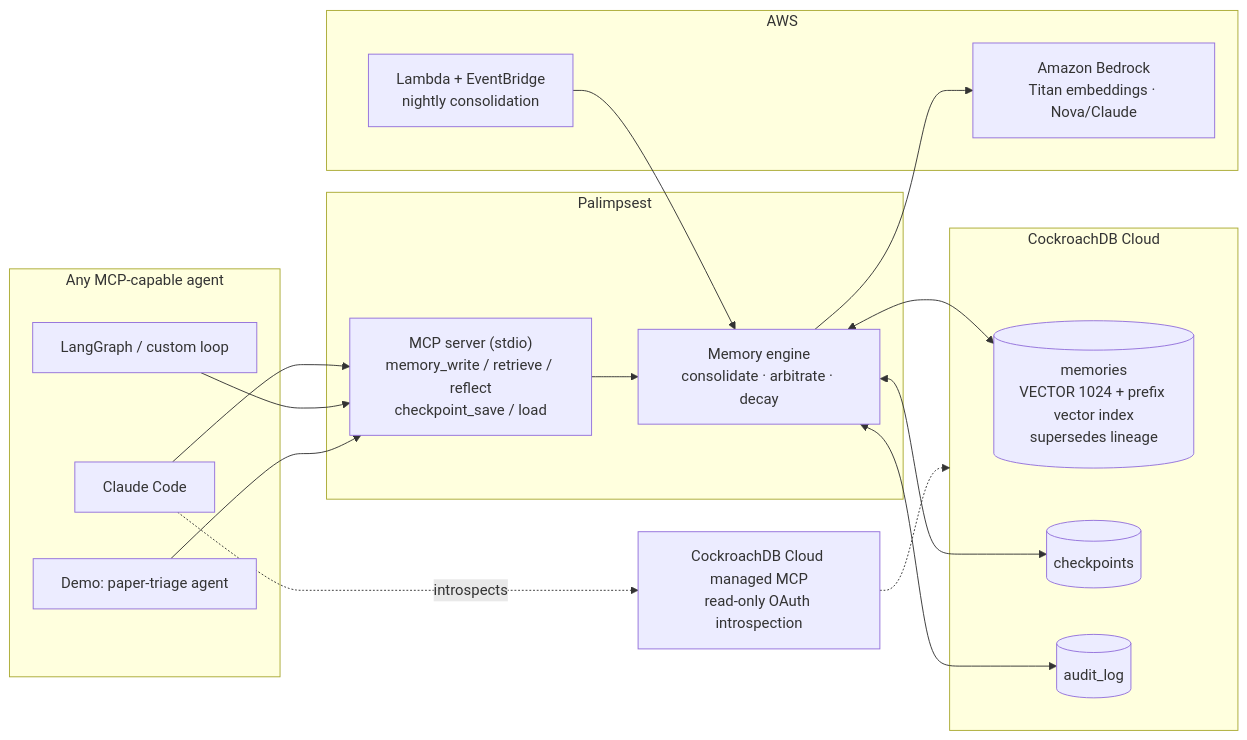
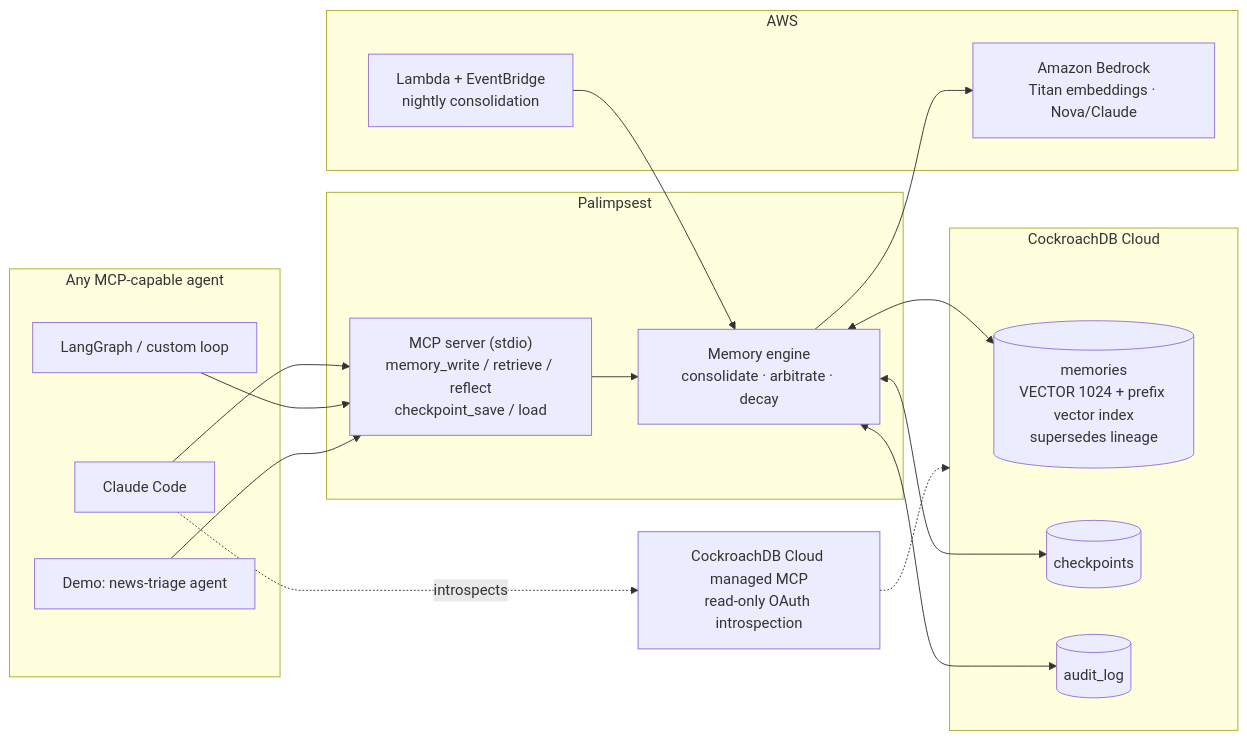
One commit to Vector897/Palimpsest changed the diagram in README.md. Above: the diagram before and after it, drawn with Mermaid. The commit also changed 5 other files, not shown here.

Commit message:
Switch demo to a neutral tech-news theme; consolidate at domain level for reliable topic matching

````diff
--- a/README.md
+++ b/README.md
@@ -19,34 +19,34 @@
 ```mermaid
 flowchart LR
     subgraph agents [Any MCP-capable agent]
         A1[Claude Code]
         A2[LangGraph / custom loop]
-        A3[Demo: paper-triage agent]
+        A3[Demo: news-triage agent]
     end
 
     subgraph pal [Palimpsest]
         MCPS["MCP server (stdio)<br>memory_write / retrieve / reflect<br>checkpoint_save / load"]
         ENG["Memory engine<br>consolidate · arbitrate · decay"]
     end
 
     subgraph crdb [CockroachDB Cloud]
         MEM[("memories<br>VECTOR 1024 + prefix vector index<br>supersedes lineage")]
         CKPT[("checkpoints")]
         AUD[("audit_log")]
     end
 
     subgraph aws [AWS]
         BR["Amazon Bedrock<br>Titan embeddings · Nova/Claude"]
         LAM["Lambda + EventBridge<br>nightly consolidation"]
     end
 
     CMCP["CockroachDB Cloud managed MCP<br>read-only OAuth introspection"]
 
     A1 & A2 & A3 --> MCPS --> ENG
     ENG <--> MEM
     ENG <--> CKPT
     ENG <--> AUD
     ENG --> BR
     LAM --> ENG
     A1 -. introspects .-> CMCP -.-> crdb
 ```
````
